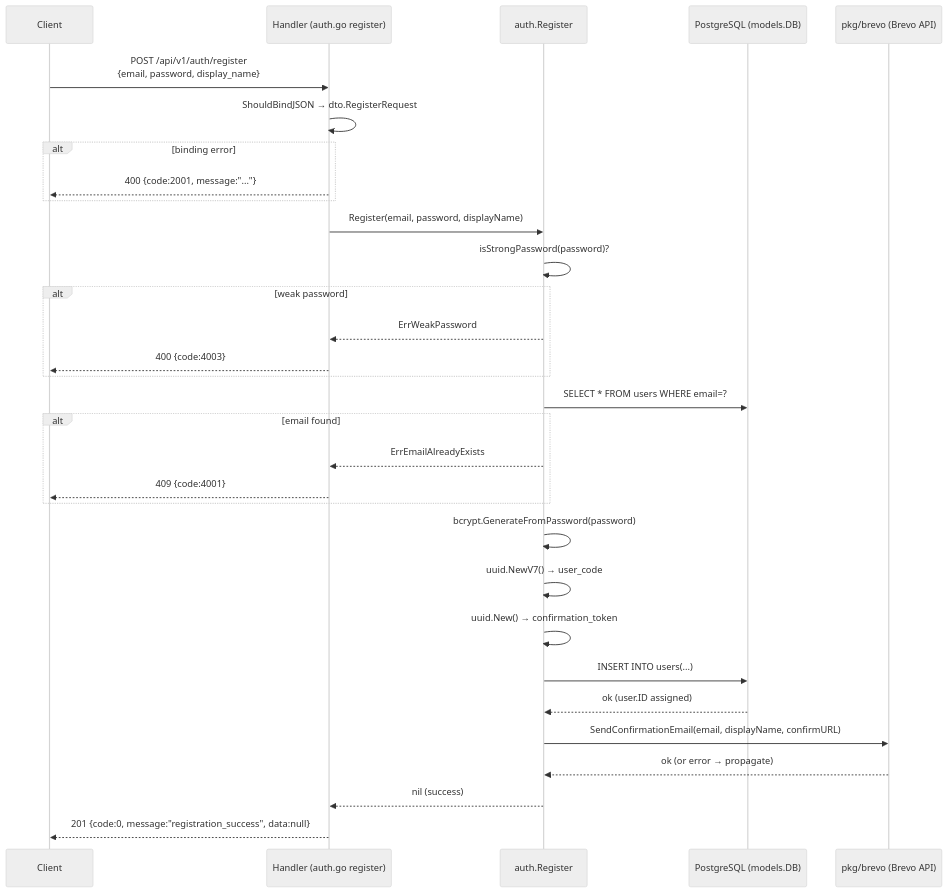
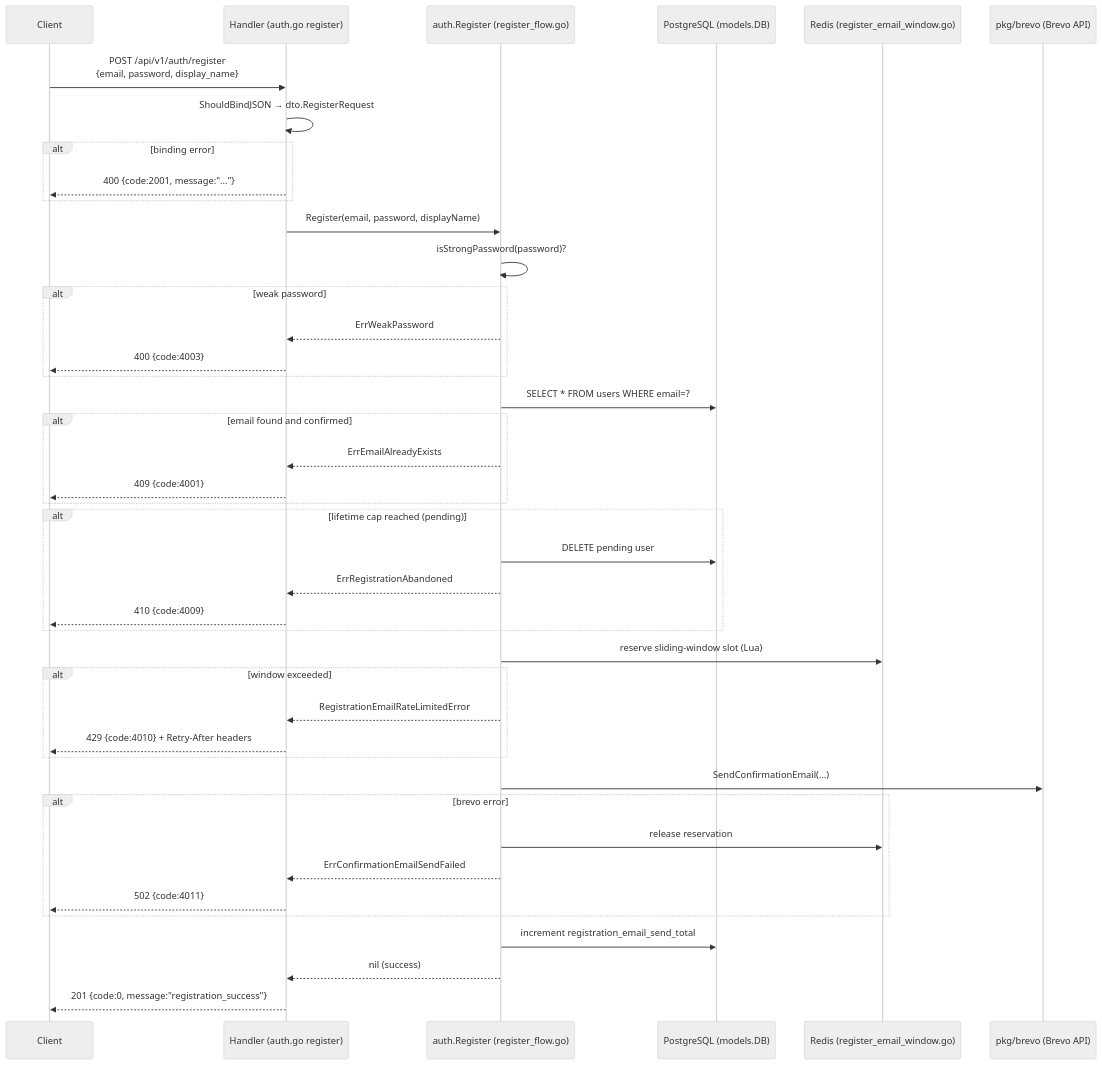
The second of 23 diagrams in docs/sequence_diagrams.md (lkienkle11/be-mycourse), drawn with Mermaid (neutral theme) before and after one commit. The commit also changed other lines of this file and 18 other files, not shown here.

Commit message:
docs: document registration limits and auth register API changes

````diff
--- a/docs/sequence_diagrams.md
+++ b/docs/sequence_diagrams.md
@@ -114,39 +114,51 @@
 ```mermaid
 sequenceDiagram
     participant C as Client
     participant H as Handler (auth.go register)
-    participant SVC as auth.Register
+    participant SVC as auth.Register (register_flow.go)
     participant DB as PostgreSQL (models.DB)
+    participant R as Redis (register_email_window.go)
     participant Email as pkg/brevo (Brevo API)
 
     C->>H: POST /api/v1/auth/register<br/>{email, password, display_name}
     H->>H: ShouldBindJSON → dto.RegisterRequest
     alt binding error
         H-->>C: 400 {code:2001, message:"..."}
     end
 
     H->>SVC: Register(email, password, displayName)
     SVC->>SVC: isStrongPassword(password)?
     alt weak password
         SVC-->>H: ErrWeakPassword
         H-->>C: 400 {code:4003}
     end
 
     SVC->>DB: SELECT * FROM users WHERE email=?
-    alt email found
+    alt email found and confirmed
         SVC-->>H: ErrEmailAlreadyExists
         H-->>C: 409 {code:4001}
     end
 
-    SVC->>SVC: bcrypt.GenerateFromPassword(password)
-    SVC->>SVC: uuid.NewV7() → user_code
-    SVC->>SVC: uuid.New() → confirmation_token
-    SVC->>DB: INSERT INTO users(...)
-    DB-->>SVC: ok (user.ID assigned)
+    alt lifetime cap reached (pending)
+        SVC->>DB: DELETE pending user
+        SVC-->>H: ErrRegistrationAbandoned
+        H-->>C: 410 {code:4009}
+    end
 
-    SVC->>Email: SendConfirmationEmail(email, displayName, confirmURL)
-    Email-->>SVC: ok (or error → propagate)
+    SVC->>R: reserve sliding-window slot (Lua)
+    alt window exceeded
+        SVC-->>H: RegistrationEmailRateLimitedError
+        H-->>C: 429 {code:4010} + Retry-After headers
+    end
+
+    SVC->>Email: SendConfirmationEmail(...)
+    alt brevo error
+        SVC->>R: release reservation
+        SVC-->>H: ErrConfirmationEmailSendFailed
+        H-->>C: 502 {code:4011}
+    end
+
+    SVC->>DB: increment registration_email_send_total
     SVC-->>H: nil (success)
-
-    H-->>C: 201 {code:0, message:"registration_success", data:null}
+    H-->>C: 201 {code:0, message:"registration_success"}
 ```
````
